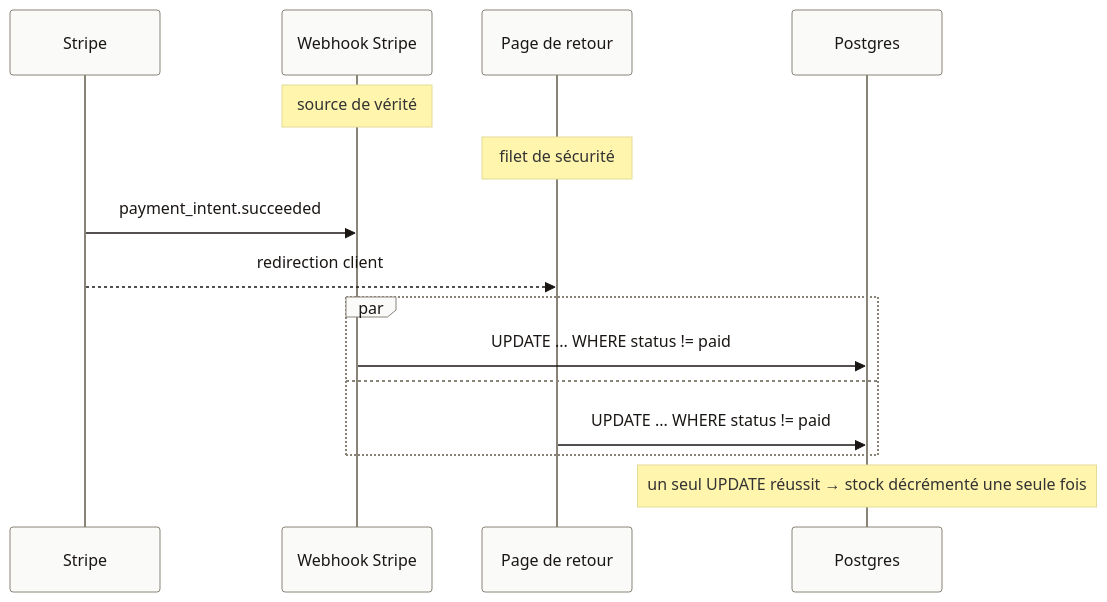
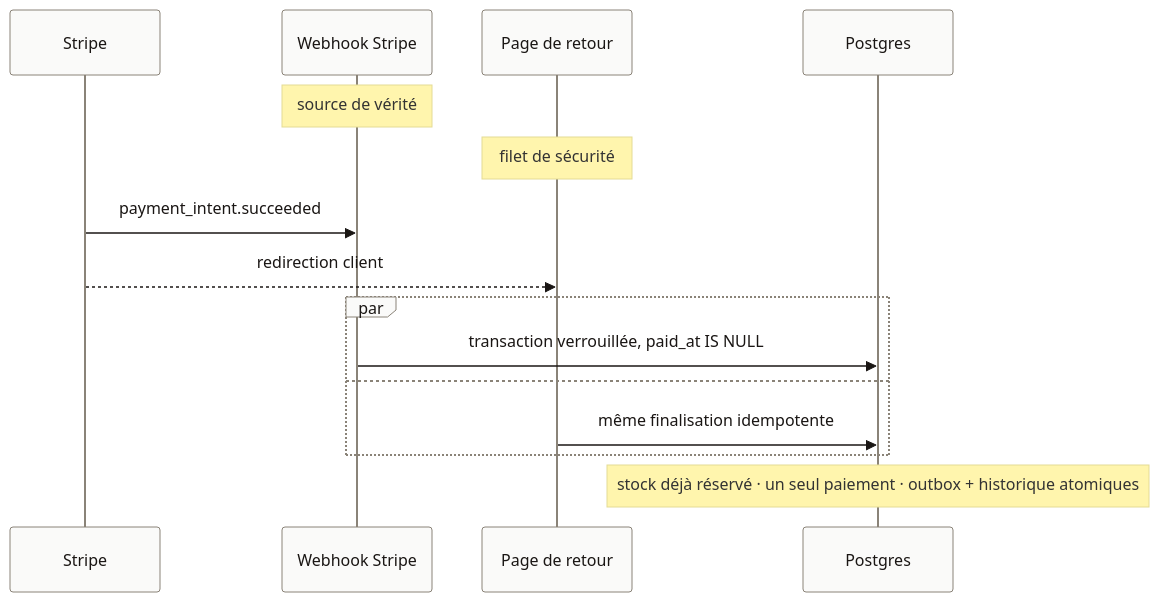
The second of 2 diagrams in README.md (Thomas-TP/Swiss3Design), drawn with Mermaid before and after one commit. The commit also changed other lines of this file and 42 other files, not shown here.

````diff
--- a/README.md
+++ b/README.md
@@ -74,19 +74,19 @@
 ```mermaid
 %%{init: {'theme':'base', 'themeVariables': {'primaryColor':'#E5231C','primaryTextColor':'#ffffff','primaryBorderColor':'#C01D14','lineColor':'#8a8378','actorBkg':'#FAFAF9','actorTextColor':'#1A1614','actorBorder':'#8a8378','signalColor':'#1A1614','signalTextColor':'#1A1614'}}}%%
 sequenceDiagram
     participant Stripe
     participant Webhook as Webhook Stripe
     participant Retour as Page de retour
     participant DB as Postgres
 
     Note over Webhook: source de vérité
     Note over Retour: filet de sécurité
     Stripe->>Webhook: payment_intent.succeeded
     Stripe-->>Retour: redirection client
     par
-        Webhook->>DB: UPDATE ... WHERE status != paid
+        Webhook->>DB: transaction verrouillée, paid_at IS NULL
     and
-        Retour->>DB: UPDATE ... WHERE status != paid
+        Retour->>DB: même finalisation idempotente
     end
-    Note over DB: un seul UPDATE réussit → stock décrémenté une seule fois
+    Note over DB: stock déjà réservé · un seul paiement · outbox + historique atomiques
 ```
````
